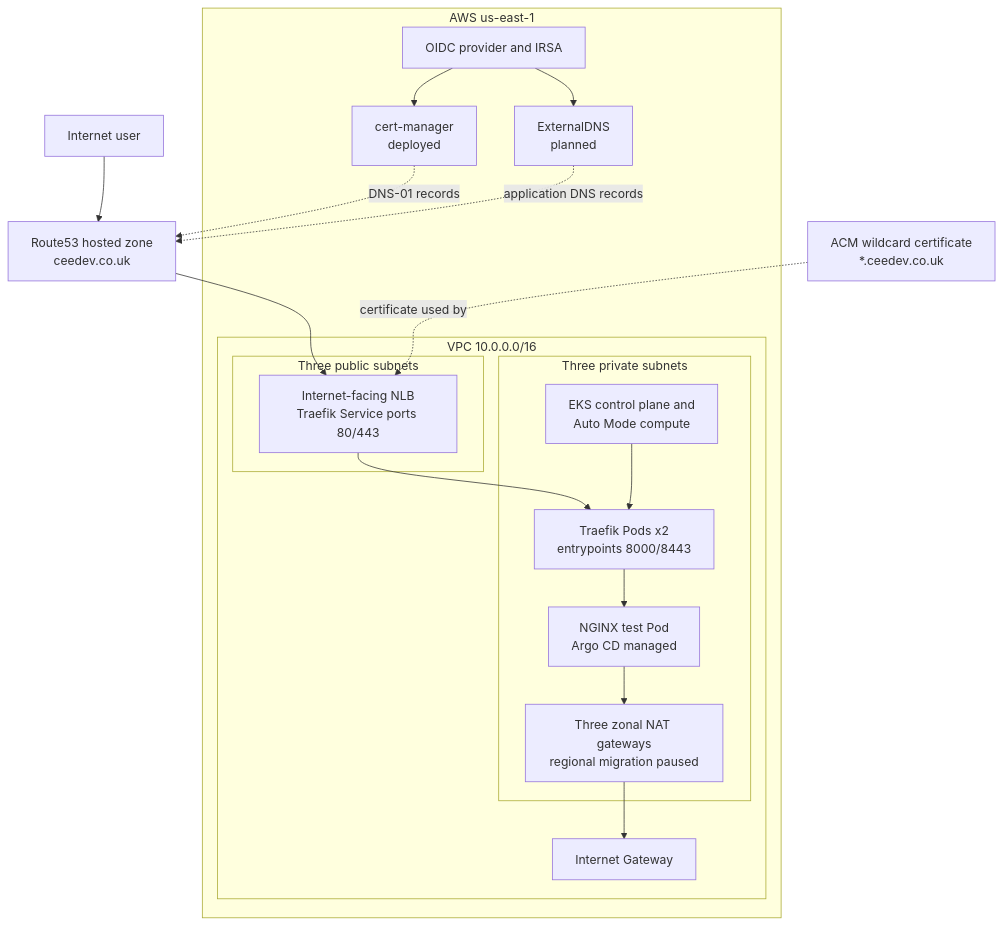
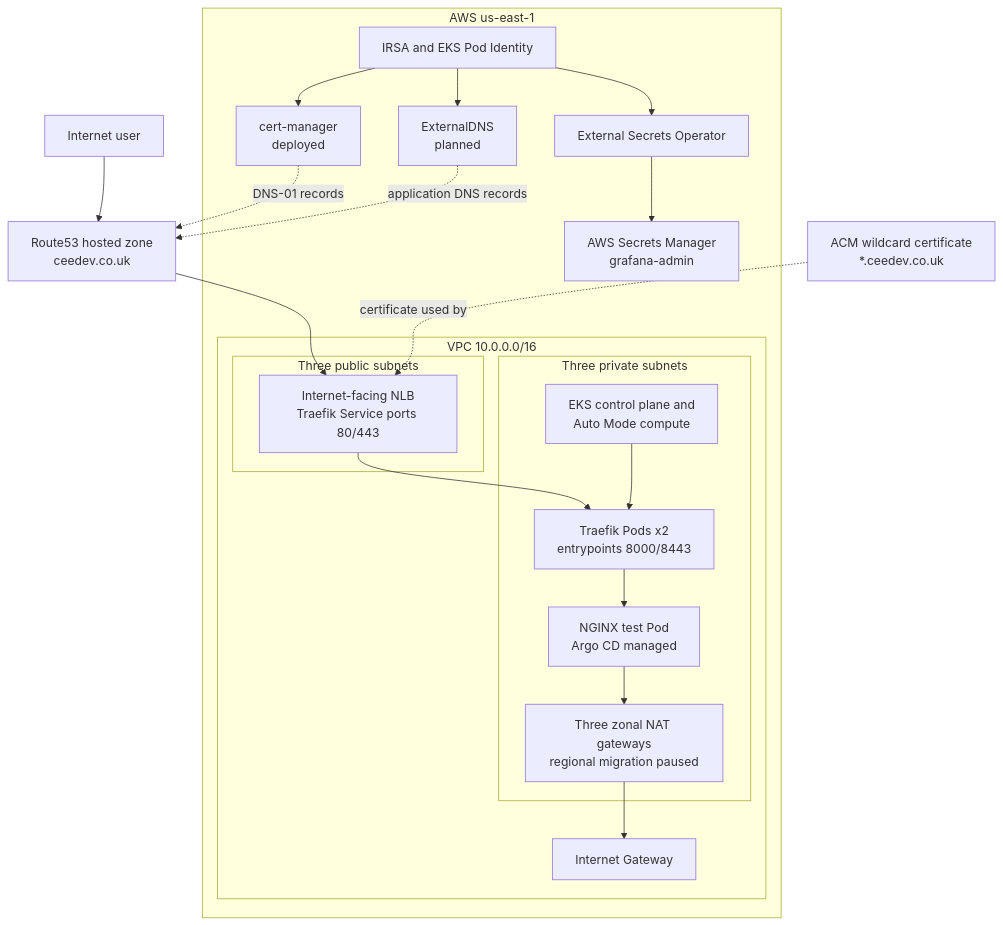
One commit to cmomodo/kubernetes changed the diagram in AKS/docs/architecture.md. Above: the diagram before and after it, drawn with Mermaid. The commit also changed 15 other files, not shown here.

````diff
--- a/AKS/docs/architecture.md
+++ b/AKS/docs/architecture.md
@@ -3,38 +3,42 @@
 ```mermaid
 flowchart TB
     User[Internet user]
     DNS[Route53 hosted zone<br/>ceedev.co.uk]
     ACM[ACM wildcard certificate<br/>*.ceedev.co.uk]
 
     subgraph AWS[AWS us-east-1]
         subgraph VPC[VPC 10.0.0.0/16]
             IGW[Internet Gateway]
             subgraph Public[Three public subnets]
                 NLB[Internet-facing NLB<br/>Traefik Service ports 80/443]
             end
             subgraph Private[Three private subnets]
                 EKS[EKS control plane and<br/>Auto Mode compute]
                 Traefik[Traefik Pods x2<br/>entrypoints 8000/8443]
                 App[NGINX test Pod<br/>Argo CD managed]
                 NAT[Three zonal NAT gateways<br/>regional migration paused]
             end
         end
 
-        IRSA[OIDC provider and IRSA]
+        WorkloadIdentity[IRSA and EKS Pod Identity]
         CM[cert-manager<br/>deployed]
         ED[ExternalDNS<br/>planned]
+        SM[AWS Secrets Manager<br/>grafana-admin]
+        ESO[External Secrets Operator]
     end
 
     User --> DNS
     DNS --> NLB
     ACM -. certificate used by .-> NLB
     NLB --> Traefik
     Traefik --> App
     App --> NAT --> IGW
 
     EKS --> Traefik
-    IRSA --> CM
-    IRSA --> ED
+    WorkloadIdentity --> CM
+    WorkloadIdentity --> ED
+    WorkloadIdentity --> ESO
+    ESO --> SM
     CM -. DNS-01 records .-> DNS
     ED -. application DNS records .-> DNS
 ```
````
